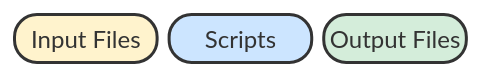
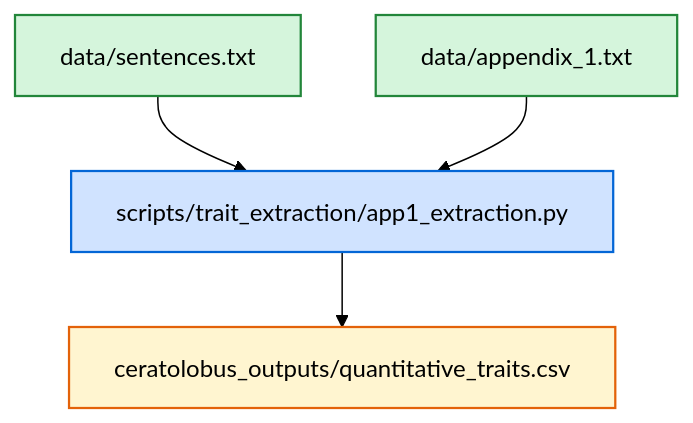
The second of 3 diagrams in Content_Summary.md (nickynicolson/CalamusTraits), drawn with Mermaid (forest theme) before and after one commit. The commit also changed other lines of this file and 1 other file, not shown here.

````diff
--- a/Content_Summary.md
+++ b/Content_Summary.md
@@ -43,8 +64,25 @@
 ```mermaid
-    block-beta
-    a("Input Files") b("Scripts") c("Output Files")
+graph TD
+    %% Resource inputs
+    sentences[data/sentences.txt]
+    appendix1[data/appendix_1.txt]
 
-    style a fill:#fff3cd,stroke:#333,stroke-width:2px,rx:15px,ry:15px;
-    style b fill:#cce5ff,stroke:#333,stroke-width:2px,rx:15px,ry:15px;
-    style c fill:#d4edda,stroke:#333,stroke-width:2px,rx:15px,ry:15px;
+    %% Script (blue)
+    app1_extraction[scripts/trait_extraction/app1_extraction.py]
+
+    %% Output
+    traits[ceratolobus_outputs/quantitative_traits.csv]
+
+    %% Connections
+    sentences --> app1_extraction
+    appendix1 --> app1_extraction
+    app1_extraction --> traits
+
+    %% Styles
+    style sentences fill:#d5f5dc,stroke:#22863a,stroke-width:1.5px,color:#000000
+    style appendix1 fill:#d5f5dc,stroke:#22863a,stroke-width:1.5px,color:#000000
+
+    style app1_extraction fill:#d0e3ff,stroke:#0366d6,stroke-width:1.5px,color:#000000
+
+    style traits fill:#fff5d0,stroke:#e36209,stroke-width:1.5px,color:#000000
 ```
````
